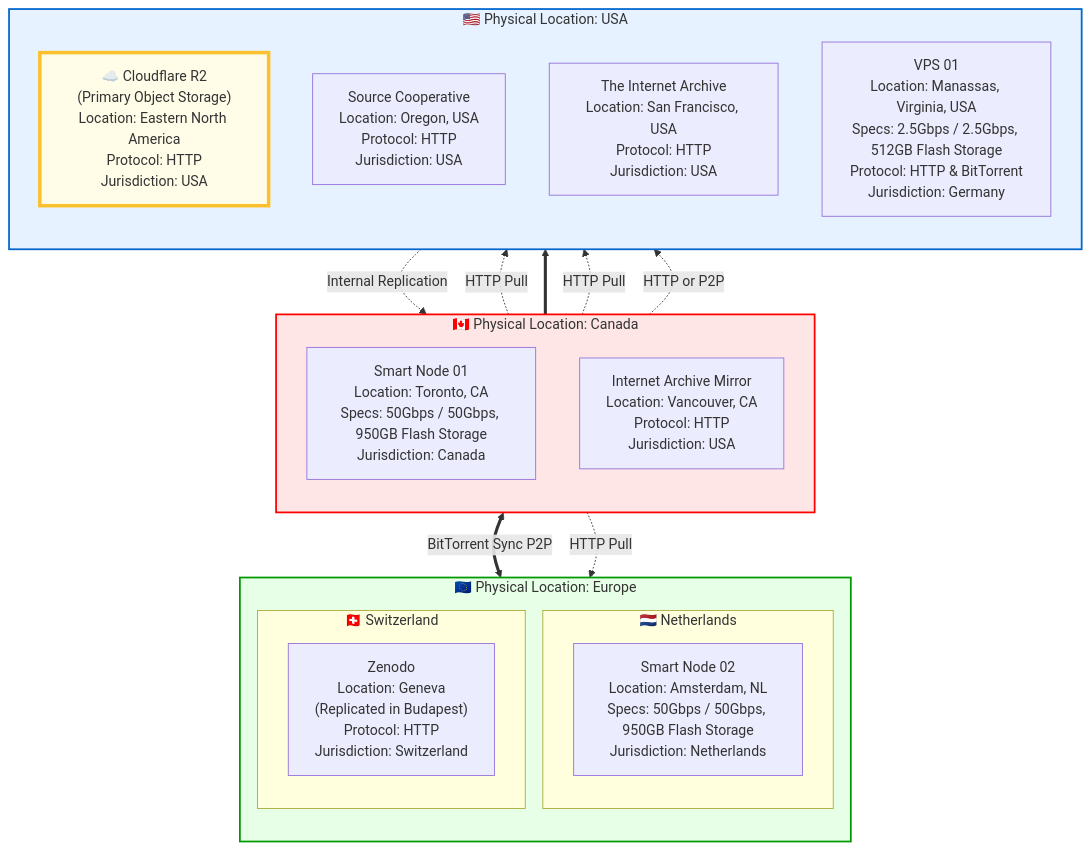
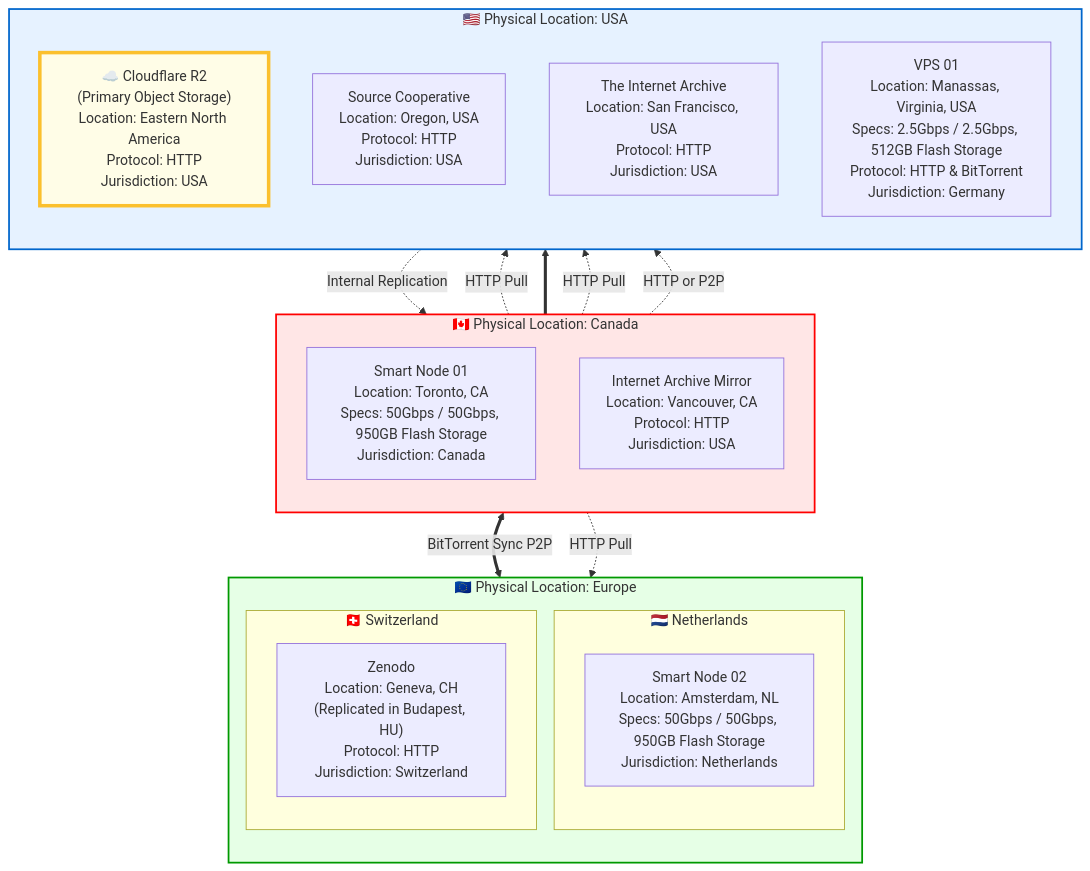
Before and after one commit to dataforcanada/www.dataforcanada.org: the diagram in content/infrastructure/_index.md, drawn with Mermaid. The commit also changed 1 other file, not shown here.

Commit message:
Clean up infrastructure and data dissemination pages

```diff
--- a/content/infrastructure/_index.md
+++ b/content/infrastructure/_index.md
@@ -76,8 +76,8 @@
         
         subgraph Switzerland ["🇨🇭 Switzerland"]
             Zenodo["Zenodo
-Location: Geneva
-(Replicated in Budapest)
+Location: Geneva, CH
+(Replicated in Budapest, HU)
 Protocol: HTTP
 Jurisdiction: Switzerland"]
         end
```
